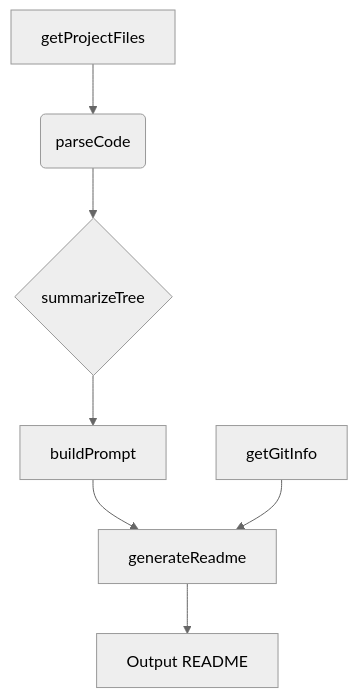
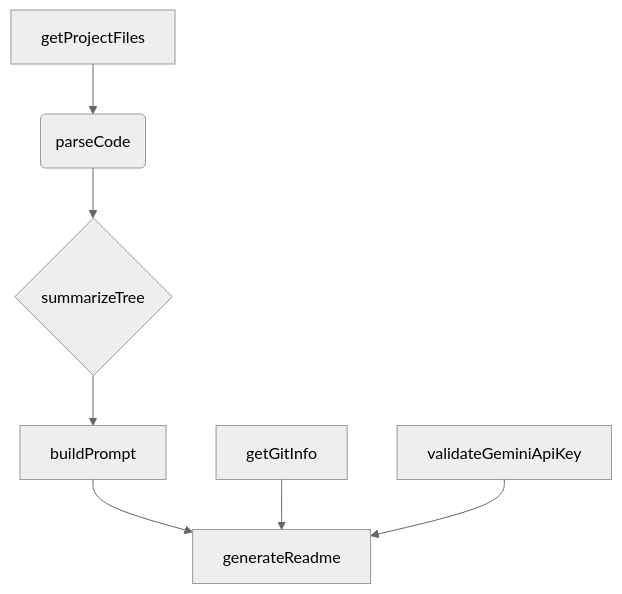
Before and after one commit to PIYUSH1SAINI/ReadMe-wiz: the first of 2 diagrams in README.md, drawn with Mermaid (neutral theme). The commit also changed other lines of this file and 1 other file, not shown here.

Commit message:
BUG FIX - Re-entering API key bug

````diff
--- a/README.md
+++ b/README.md
@@ -11,10 +11,10 @@
 ```mermaid
 graph TD
     A[getProjectFiles] --> B(parseCode);
     B --> C{summarizeTree};
     C --> D[buildPrompt];
     D --> E[generateReadme];
-    E --> F[Output README];
-    G[getGitInfo] --> E;
+    F[getGitInfo] --> E;
+    G[validateGeminiApiKey] --> E;
 
 ```
````
